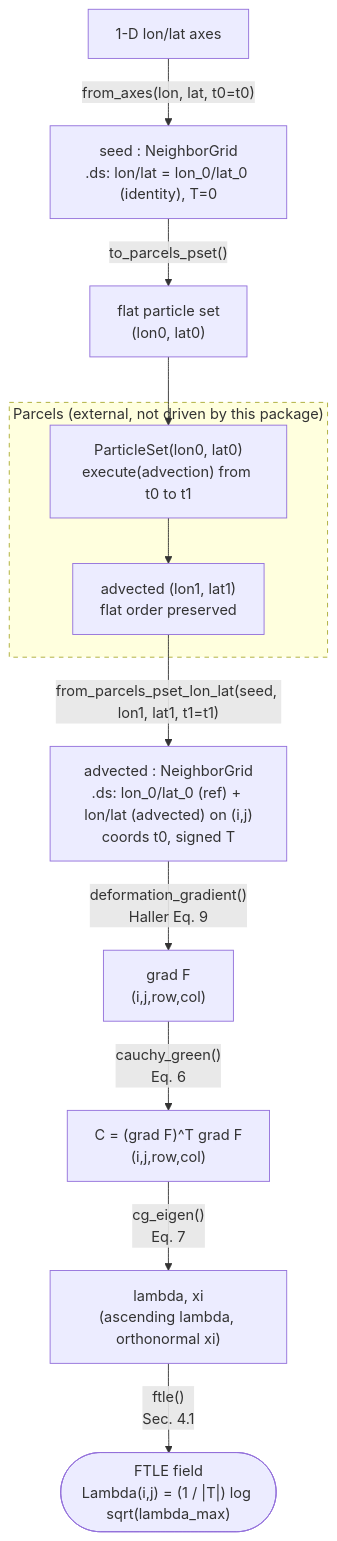
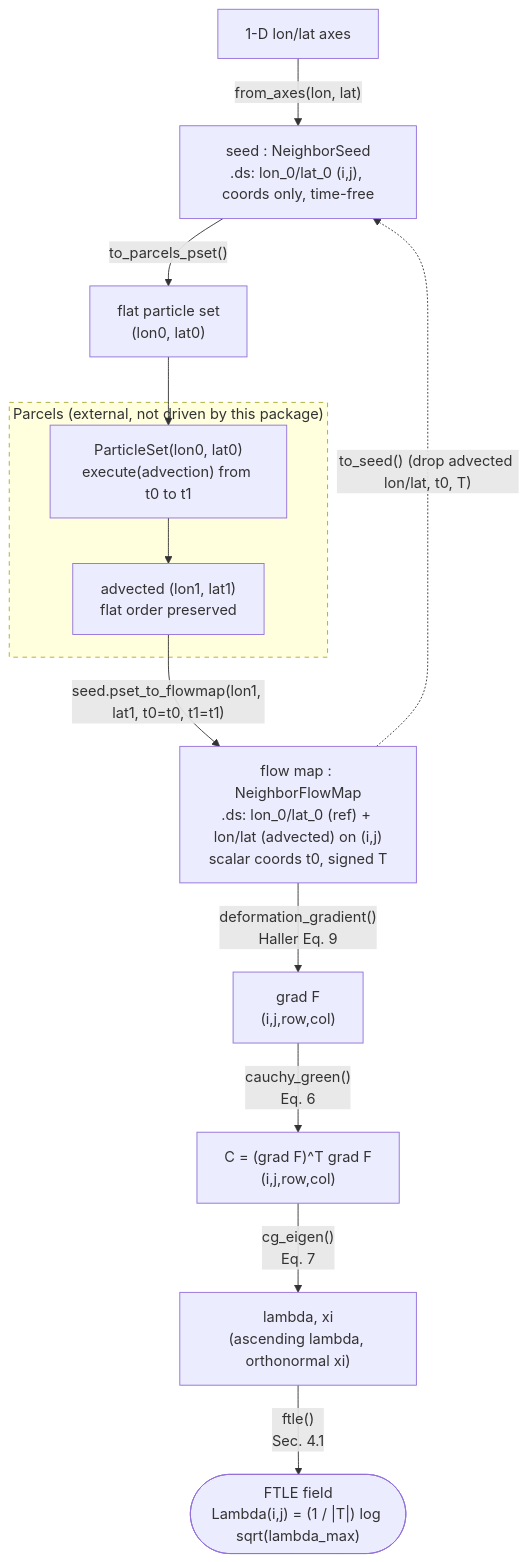
Before and after one commit to geomar-od-lagrange/lcs_parcels: the second of 2 diagrams in docs/architecture.md, drawn with Mermaid. The commit also changed other lines of this file and 16 other files, not shown here.

First line of the commit message:
Implement Seed/FlowMap split with time-free Seed

````diff
--- a/docs/architecture.md
+++ b/docs/architecture.md
@@ -96,29 +107,30 @@
 ```mermaid
 flowchart TD
     axes["1-D lon/lat axes"]
-    seed["seed : NeighborGrid<br/>.ds: lon/lat = lon_0/lat_0 (identity), T=0"]
+    seed["seed : NeighborSeed<br/>.ds: lon_0/lat_0 (i,j), coords only, time-free"]
     pset["flat particle set<br/>(lon0, lat0)"]
 
     subgraph parcels ["Parcels (external, not driven by this package)"]
         advect["ParticleSet(lon0, lat0)<br/>execute(advection) from t0 to t1"]
         out["advected (lon1, lat1)<br/>flat order preserved"]
     end
 
-    grid["advected : NeighborGrid<br/>.ds: lon_0/lat_0 (ref) + lon/lat (advected) on (i,j)<br/>coords t0, signed T"]
+    fm["flow map : NeighborFlowMap<br/>.ds: lon_0/lat_0 (ref) + lon/lat (advected) on (i,j)<br/>scalar coords t0, signed T"]
     gradF["grad F<br/>(i,j,row,col)"]
     C["C = (grad F)^T grad F<br/>(i,j,row,col)"]
     eig["lambda, xi<br/>(ascending lambda, orthonormal xi)"]
     ftle(["FTLE field<br/>Lambda(i,j) = (1 / |T|) log sqrt(lambda_max)"])
 
-    axes -->|"from_axes(lon, lat, t0=t0)"| seed
+    axes -->|"from_axes(lon, lat)"| seed
     seed -->|"to_parcels_pset()"| pset
     pset --> advect
     advect --> out
-    out -->|"from_parcels_pset_lon_lat(seed, lon1, lat1, t1=t1)"| grid
-    grid -->|"deformation_gradient()<br/>Haller Eq. 9"| gradF
+    out -->|"seed.pset_to_flowmap(lon1, lat1, t0=t0, t1=t1)"| fm
+    fm -->|"deformation_gradient()<br/>Haller Eq. 9"| gradF
     gradF -->|"cauchy_green()<br/>Eq. 6"| C
     C -->|"cg_eigen()<br/>Eq. 7"| eig
     eig -->|"ftle()<br/>Sec. 4.1"| ftle
+    fm -.->|"to_seed() (drop advected lon/lat, t0, T)"| seed
 
     style parcels stroke-dasharray: 5 5
 ```
````
